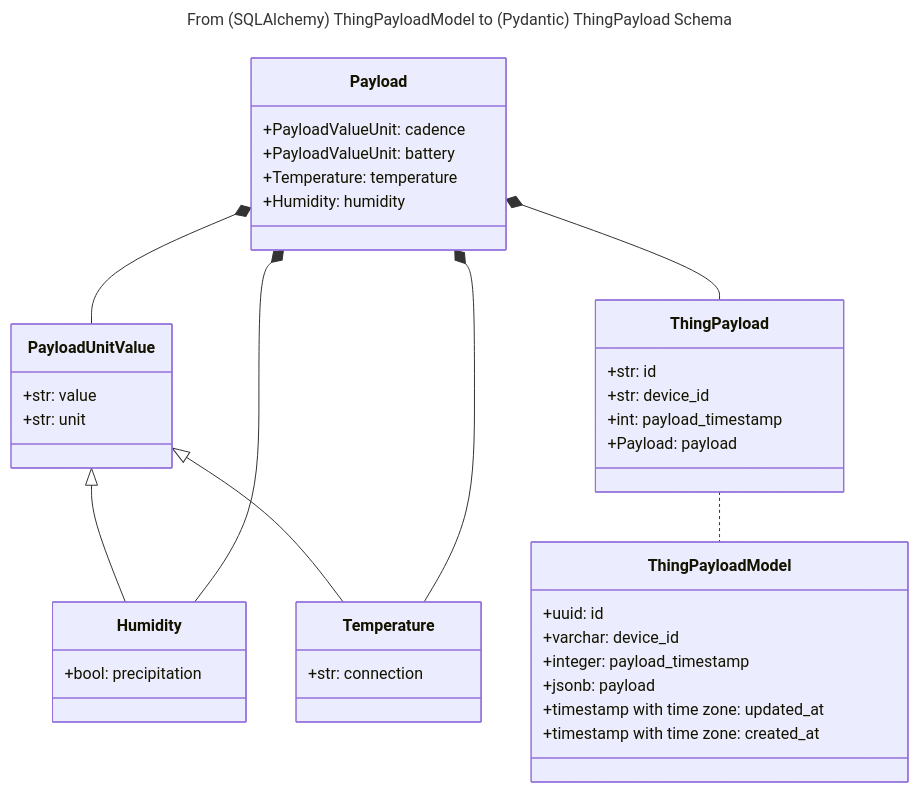
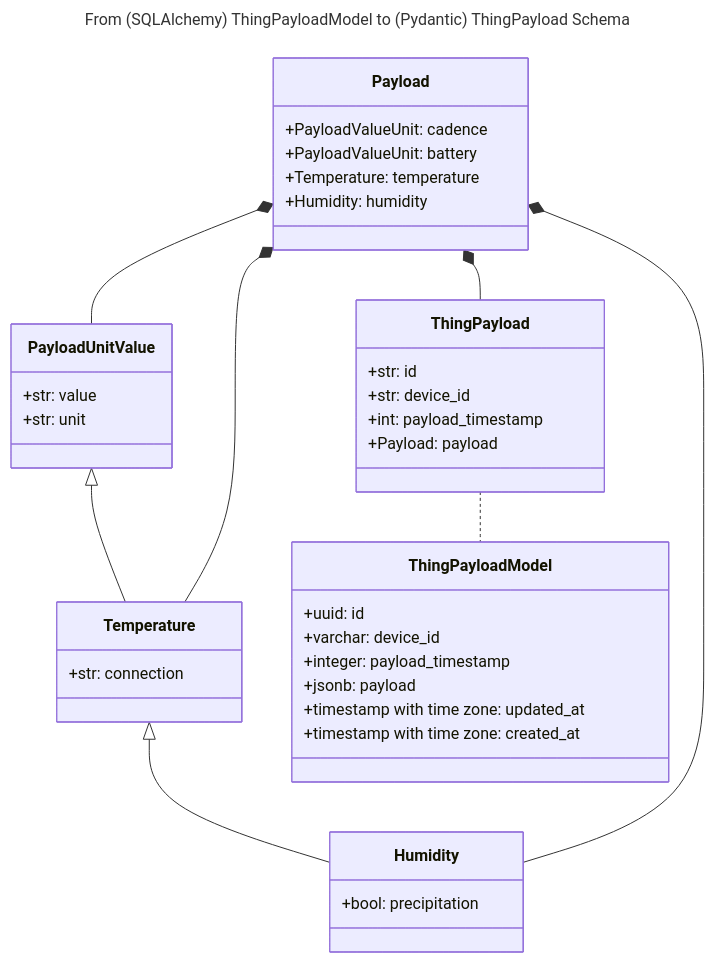
Before and after one commit to darrylmorton/ct-iot-things-report-job-service: the second of 4 diagrams in docs/DIAGRAMS.md, drawn with Mermaid.

Commit message:
diagram updates

````diff
--- a/docs/DIAGRAMS.md
+++ b/docs/DIAGRAMS.md
@@ -34,52 +34,52 @@
 ```mermaid
 ---
 title: From (SQLAlchemy) ThingPayloadModel to (Pydantic) ThingPayload Schema
 ---
 
 classDiagram
     class PayloadUnitValue {
         +str: value
         +str: unit
     }
 
     class Temperature {
         +str: connection
     }
     
     class Humidity {
         +bool: precipitation
     }
     
     class Payload {
         +PayloadValueUnit: cadence
         +PayloadValueUnit: battery
         +Temperature: temperature
         +Humidity: humidity
     }
     
     class ThingPayload {
         +str: id
         +str: device_id
         +int: payload_timestamp
         +Payload: payload
     }
     
     class ThingPayloadModel {
         +uuid: id
         +varchar: device_id
         +integer: payload_timestamp
         +jsonb: payload
         +timestamp with time zone: updated_at
         +timestamp with time zone: created_at
     }
     
-    PayloadUnitValue <|-- Humidity
     PayloadUnitValue <|-- Temperature
+    Temperature <|-- Humidity
     
     Payload *-- PayloadUnitValue
     Payload *-- Temperature
     Payload *-- Humidity
     Payload *-- ThingPayload
     
     ThingPayload .. ThingPayloadModel
 ```
````
